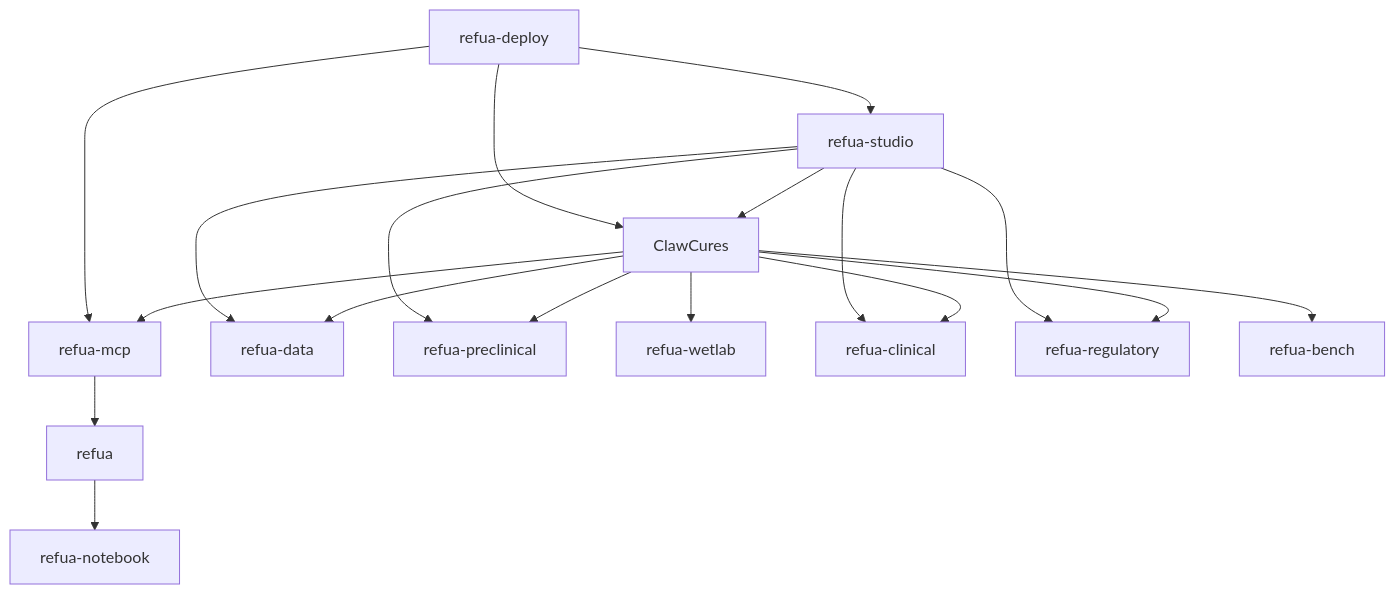
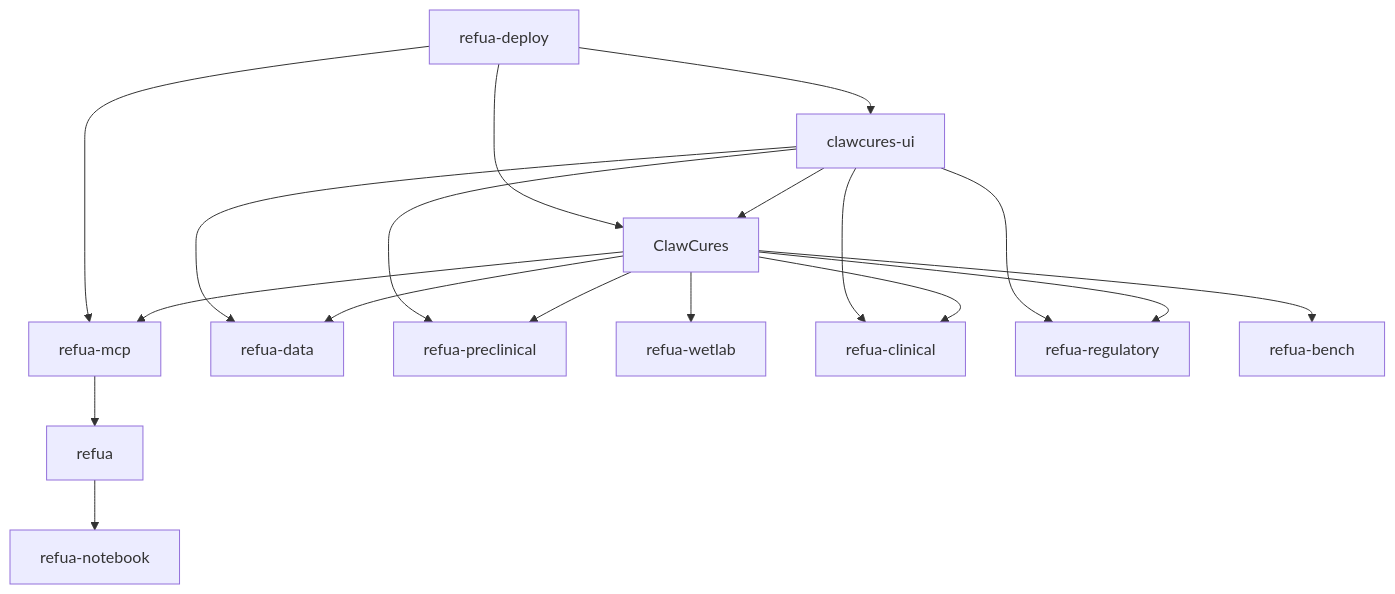
One commit to agentcures/.github changed the diagram in profile/README.md. Above: the diagram before and after it, drawn with Mermaid. The commit also changed other lines of this file and 9 other files, not shown here.

````diff
--- a/profile/README.md
+++ b/profile/README.md
@@ -22,20 +22,20 @@
 ```mermaid
 flowchart TD
-    S[refua-studio] --> C[ClawCures]
+    S[clawcures-ui] --> C[ClawCures]
     C --> M[refua-mcp]
     M --> R[refua]
     R --> N[refua-notebook]
     C --> D[refua-data]
     C --> P[refua-preclinical]
     C --> W[refua-wetlab]
     C --> L[refua-clinical]
     C --> G[refua-regulatory]
     C --> B[refua-bench]
     S --> G
     S --> L
     S --> P
     S --> D
     X[refua-deploy] --> S
     X --> C
     X --> M
 ```
````
